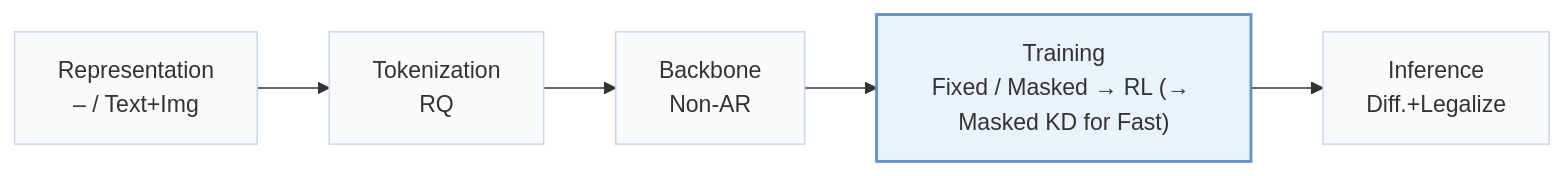
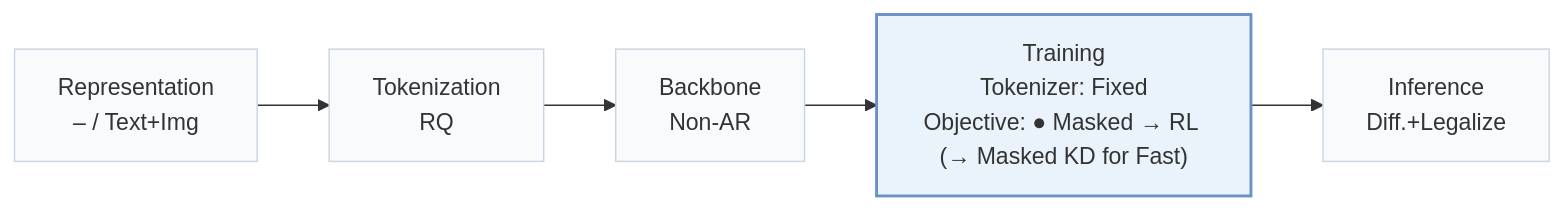
Before and after one commit to Galaxy-ghost/Awesome-SID-Generative-Rec: the first of 2 diagrams in pages/papers/dpe-rec.md, drawn with Mermaid. The commit also changed other lines of this file and 558 other files, not shown here.

````diff
--- a/pages/papers/dpe-rec.md
+++ b/pages/papers/dpe-rec.md
@@ -15,8 +18,8 @@
 ```mermaid
 flowchart LR
-    R["Representation<br/>– / Text+Img"] --> T["Tokenization<br/>RQ"] --> B["Backbone<br/>Non-AR"] --> TR["Training<br/>Fixed / Masked → RL (→ Masked KD for Fast)"] --> I["Inference<br/>Diff.+Legalize"]
+    R["Representation<br/>– / Text+Img"] --> T["Tokenization<br/>RQ"] --> B["Backbone<br/>Non-AR"] --> TR["Training<br/>Tokenizer: Fixed<br/>Objective: ● Masked → RL (→ Masked KD for Fast)"] --> I["Inference<br/>Diff.+Legalize"]
     classDef base fill:#f8fafc,stroke:#cbd5e1
     class R,T,B,TR,I base
     classDef main fill:#eaf2fb,stroke:#6b8fc7,stroke-width:2px
     class TR main
 ```
````
